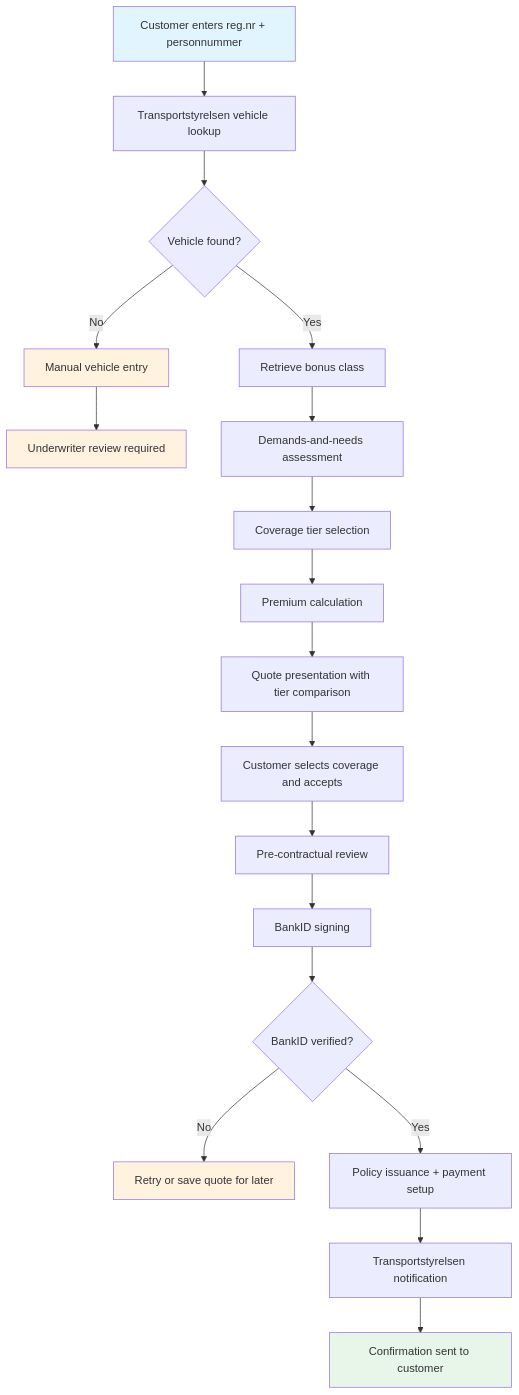
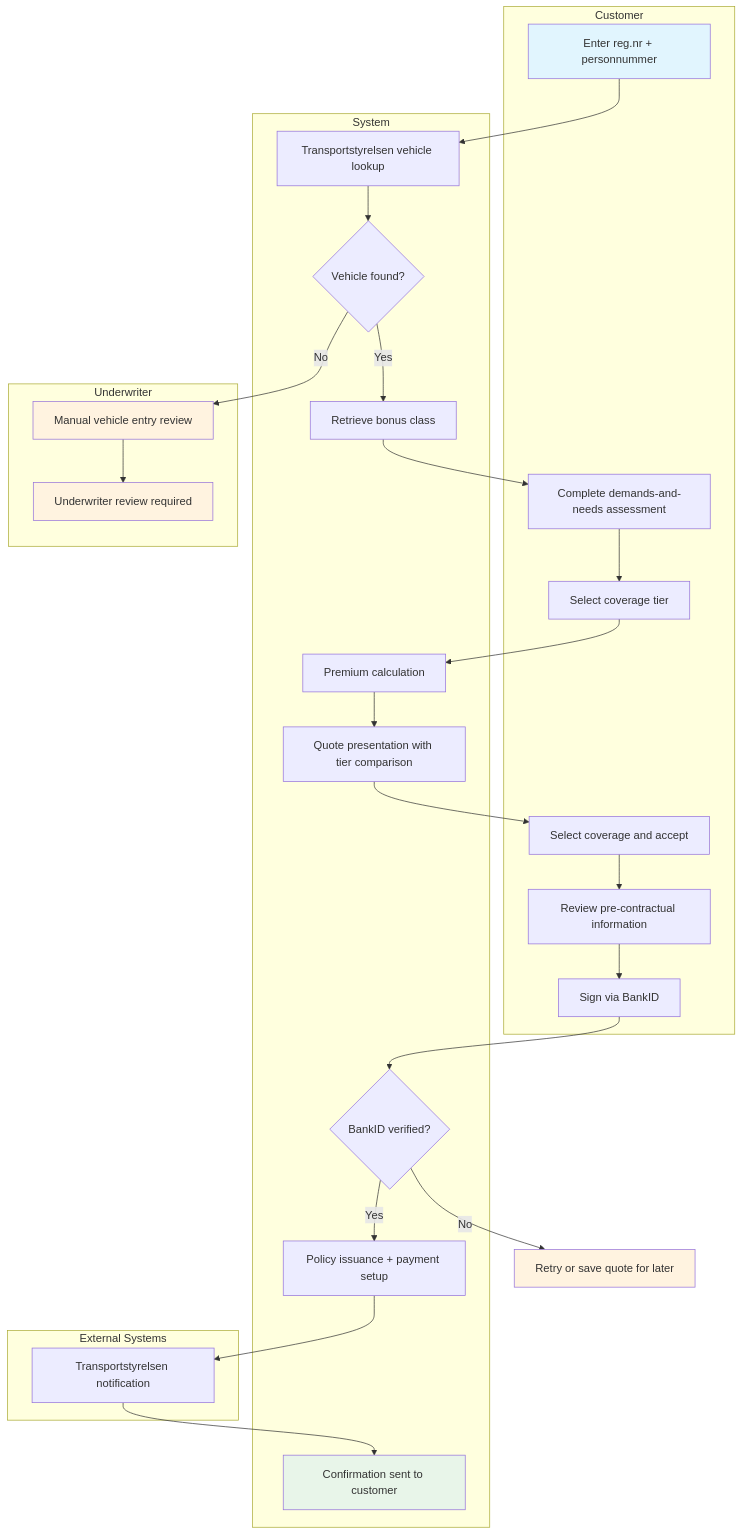
Before and after one commit to Agentic-software-factory/insurance-platform-requirements: the first of 2 diagrams in docs/phase-1-motor/use-cases/quote-and-bind.md, drawn with Mermaid. The commit also changed 13 other files, not shown here.

````diff
--- a/docs/phase-1-motor/use-cases/quote-and-bind.md
+++ b/docs/phase-1-motor/use-cases/quote-and-bind.md
@@ -37,26 +37,52 @@
 ```mermaid
 flowchart TD
-    A[Customer enters reg.nr + personnummer] --> B[Transportstyrelsen vehicle lookup]
-    B --> C{Vehicle found?}
-    C -->|No| D[Manual vehicle entry]
-    D --> E[Underwriter review required]
-    C -->|Yes| F[Retrieve bonus class]
-    F --> G[Demands-and-needs assessment]
-    G --> H[Coverage tier selection]
-    H --> I[Premium calculation]
-    I --> J[Quote presentation with tier comparison]
-    J --> K[Customer selects coverage and accepts]
-    K --> L[Pre-contractual review]
-    L --> M[BankID signing]
-    M --> N{BankID verified?}
+    subgraph Customer
+        A[Enter reg.nr + personnummer]
+        G[Complete demands-and-needs assessment]
+        H[Select coverage tier]
+        K[Select coverage and accept]
+        L[Review pre-contractual information]
+        M[Sign via BankID]
+    end
+    subgraph System
+        B[Transportstyrelsen vehicle lookup]
+        C{Vehicle found?}
+        F[Retrieve bonus class]
+        I[Premium calculation]
+        J[Quote presentation with tier comparison]
+        N{BankID verified?}
+        P[Policy issuance + payment setup]
+        R[Confirmation sent to customer]
+    end
+    subgraph Underwriter
+        D[Manual vehicle entry review]
+        E[Underwriter review required]
+    end
+    subgraph External["External Systems"]
+        Q[Transportstyrelsen notification]
+    end
+
+    A --> B
+    B --> C
+    C -->|No| D
+    D --> E
+    C -->|Yes| F
+    F --> G
+    G --> H
+    H --> I
+    I --> J
+    J --> K
+    K --> L
+    L --> M
+    M --> N
     N -->|No| O[Retry or save quote for later]
-    N -->|Yes| P[Policy issuance + payment setup]
-    P --> Q[Transportstyrelsen notification]
-    Q --> R[Confirmation sent to customer]
+    N -->|Yes| P
+    P --> Q
+    Q --> R
 
     style A fill:#e1f5fe
     style R fill:#e8f5e9
     style D fill:#fff3e0
     style O fill:#fff3e0
     style E fill:#fff3e0
 ```
````
